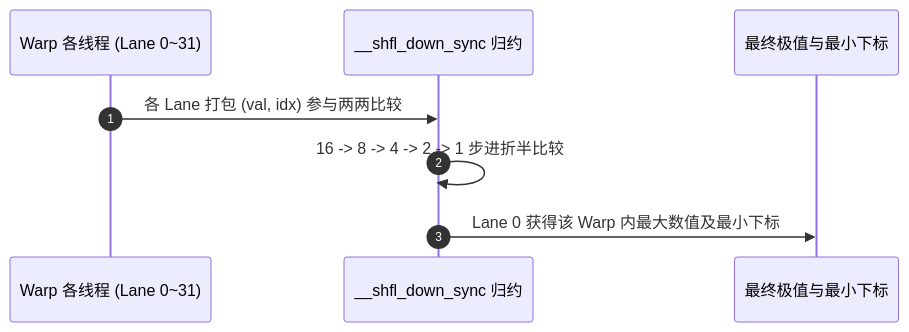
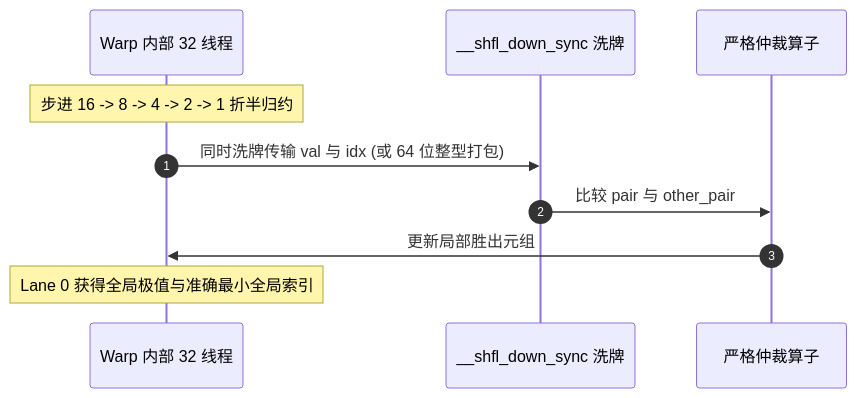
Before and after one commit to hsthanb4/hpclearning: the second of 2 diagrams in cuda/lesson12_argmax.qmd, drawn with Mermaid. The commit also changed other lines of this file and 89 other files, not shown here.

Commit message:
style(docs): relocate images and diagrams adjacent to their textual references across all lessons

````diff
--- a/cuda/lesson12_argmax.qmd
+++ b/cuda/lesson12_argmax.qmd
@@ -41,11 +61,13 @@
 ```{mermaid}
 sequenceDiagram
     autonumber
-    participant L as Warp 各线程 (Lane 0~31)
-    participant R as __shfl_down_sync 归约
-    participant Winner as 最终极值与最小下标
+    participant Lane as Warp 内部 32 线程
+    participant Shfl as __shfl_down_sync 洗牌
+    participant Arb as 严格仲裁算子
 
-    L->>R: 各 Lane 打包 (val, idx) 参与两两比较
-    R->>R: 16 -> 8 -> 4 -> 2 -> 1 步进折半比较
-    R->>Winner: Lane 0 获得该 Warp 内最大数值及最小下标
+    Note over Lane: 步进 16 -> 8 -> 4 -> 2 -> 1 折半归约
+    Lane->>Shfl: 同时洗牌传输 val 与 idx (或 64 位整型打包)
+    Shfl->>Arb: 比较 pair 与 other_pair
+    Arb->>Lane: 更新局部胜出元组
+    Note over Lane: Lane 0 获得全局极值与准确最小全局索引
 ```
````
